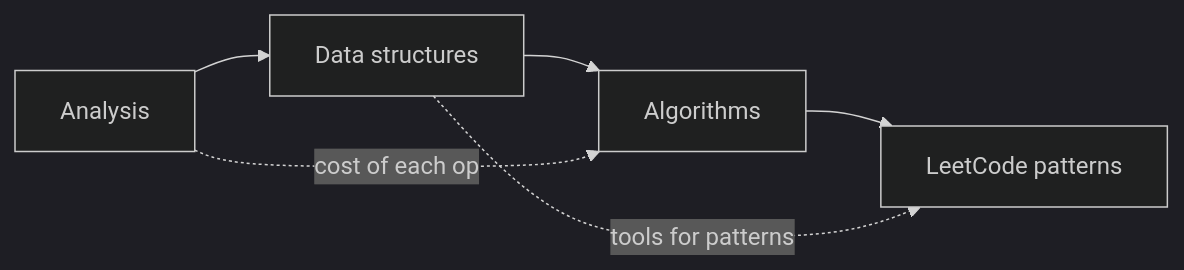
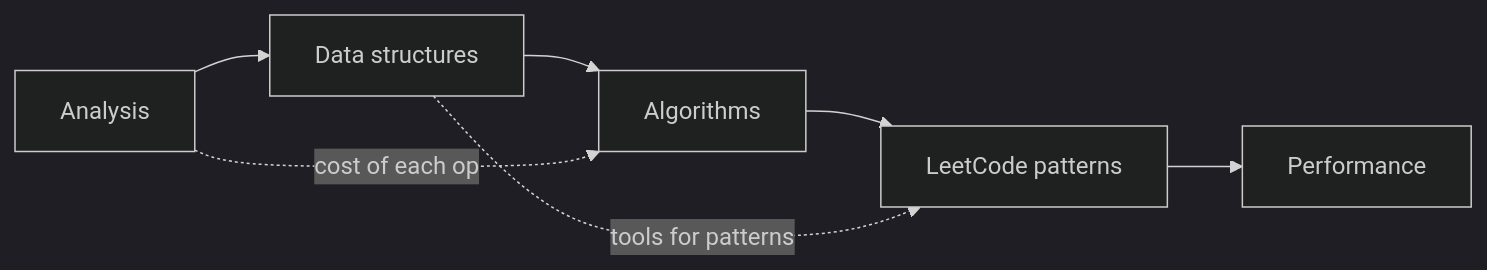
Before and after one commit to faiyaz-svg/CSFromTheGroundUp: the diagram in docs/06-data-structures-and-algorithms/index.md, drawn with Mermaid (dark theme). The commit also changed other lines of this file and 11 other files, not shown here.

````diff
--- a/docs/06-data-structures-and-algorithms/index.md
+++ b/docs/06-data-structures-and-algorithms/index.md
@@ -13,8 +13,9 @@
 ```mermaid
 flowchart LR
     A["Analysis"] --> B["Data structures"]
     B --> C["Algorithms"]
     C --> D["LeetCode patterns"]
+    D --> E["Performance"]
     A -. "cost of each op" .-> C
     B -. "tools for patterns" .-> D
 ```
````
